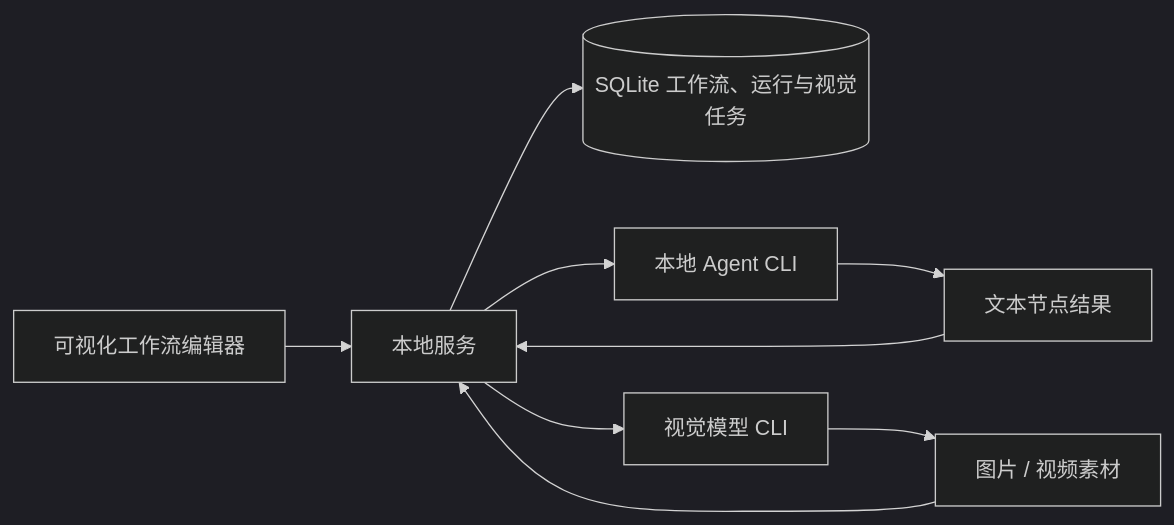
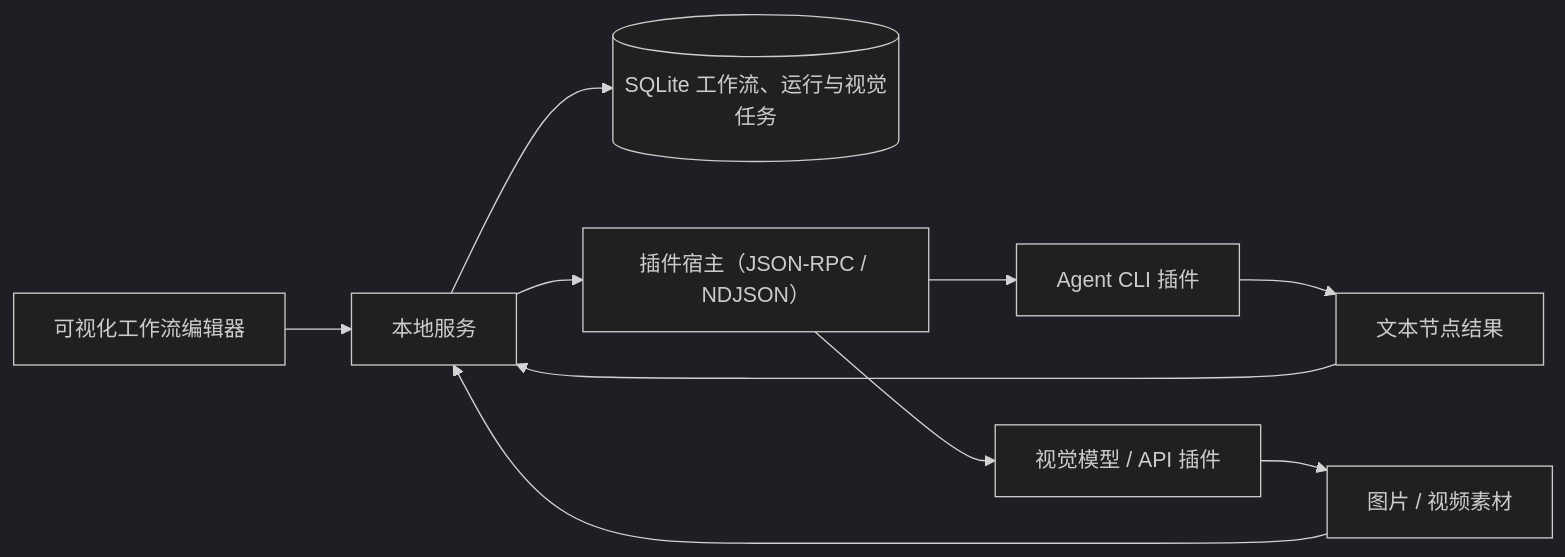
The diagram in README.md (Julian-Huang-1/red-vedio-flow), drawn with Mermaid (dark theme) before and after one commit. The commit also changed other lines of this file and 120 other files, not shown here.

````diff
--- a/README.md
+++ b/README.md
@@ -41,11 +42,12 @@
 ```mermaid
 flowchart LR
     UI["可视化工作流编辑器"] --> SERVER["本地服务"]
     SERVER --> DB[("SQLite 工作流、运行与视觉任务")]
-    SERVER --> AGENT["本地 Agent CLI"]
-    SERVER --> MODEL["视觉模型 CLI"]
+    SERVER --> PLUGINS["插件宿主（JSON-RPC / NDJSON）"]
+    PLUGINS --> AGENT["Agent CLI 插件"]
+    PLUGINS --> MODEL["视觉模型 / API 插件"]
     AGENT --> RESULT["文本节点结果"]
     MODEL --> ASSET["图片 / 视频素材"]
     RESULT --> SERVER
     ASSET --> SERVER
 ```
````
